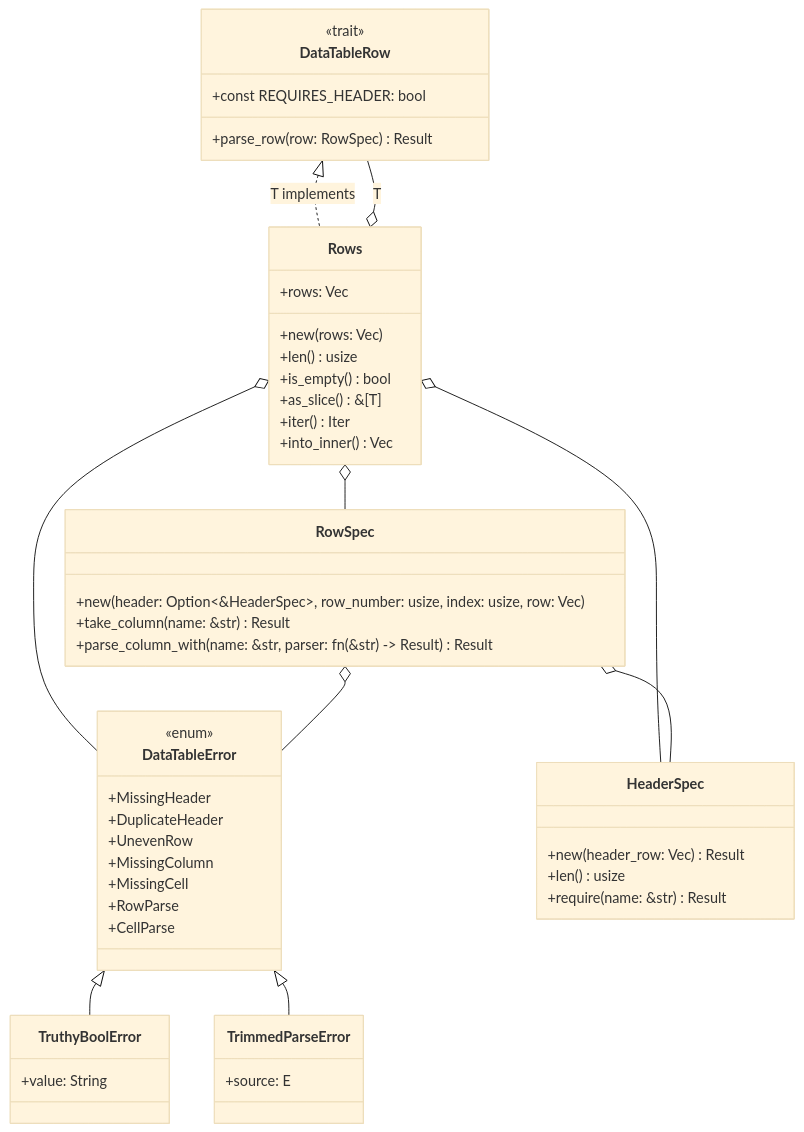
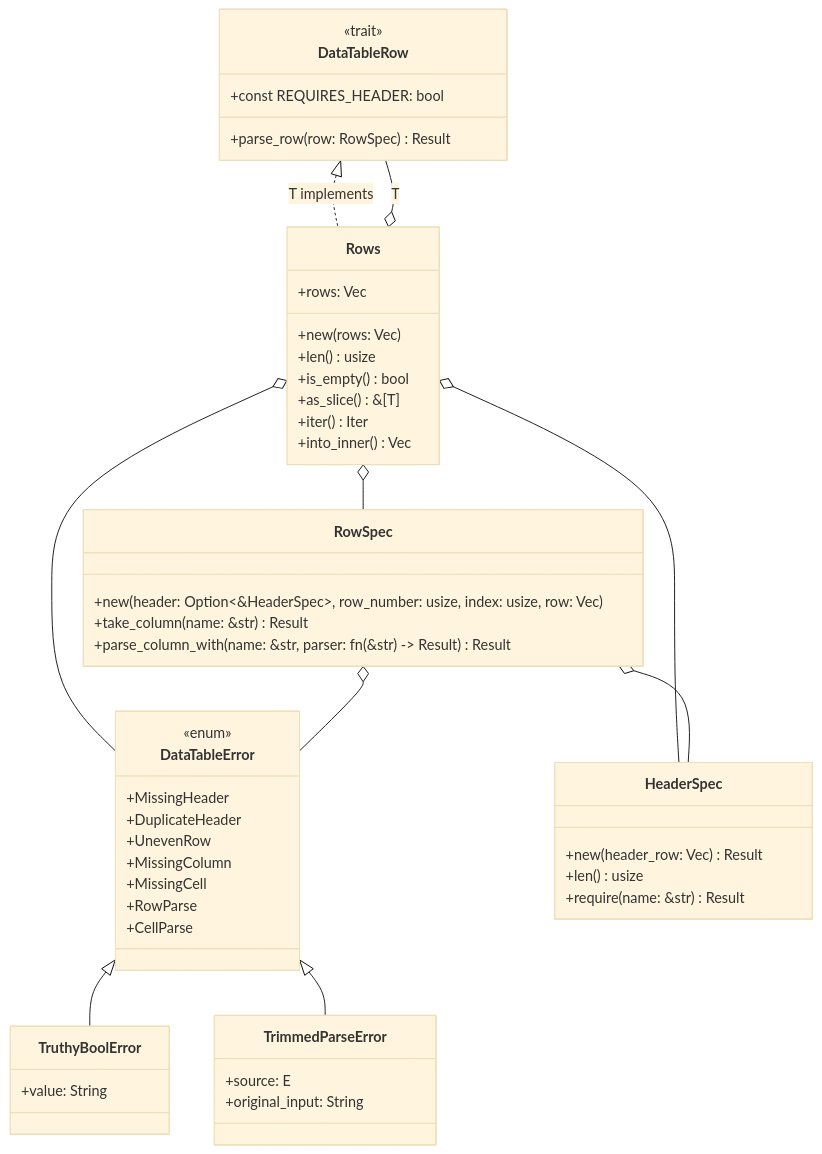
One commit to leynos/rstest-bdd changed the first of 17 diagrams in docs/rstest-bdd-design.md. Above: the diagram before and after it, drawn with Mermaid (base theme). The commit also changed 9 other files, not shown here.

````diff
--- a/docs/rstest-bdd-design.md
+++ b/docs/rstest-bdd-design.md
@@ -290,52 +290,53 @@
 ```mermaid
 classDiagram
     class DataTableRow {
         <<trait>>
         +const REQUIRES_HEADER: bool
         +parse_row(row: RowSpec) Result<Self, DataTableError>
     }
     class Rows {
         +rows: Vec<T>
         +new(rows: Vec<T>)
         +len() usize
         +is_empty() bool
         +as_slice() &[T]
         +iter() Iter<T>
         +into_inner() Vec<T>
     }
     class DataTableError {
         <<enum>>
         +MissingHeader
         +DuplicateHeader
         +UnevenRow
         +MissingColumn
         +MissingCell
         +RowParse
         +CellParse
     }
     class HeaderSpec {
         +new(header_row: Vec<String>) Result<Self, DataTableError>
         +len() usize
         +require(name: &str) Result<usize, DataTableError>
     }
     class RowSpec {
         +new(header: Option<&HeaderSpec>, row_number: usize, index: usize, row: Vec<String>)
         +take_column(name: &str) Result<String, DataTableError>
         +parse_column_with(name: &str, parser: fn(&str) -> Result<T, E>) Result<T, DataTableError>
     }
     class TruthyBoolError {
         +value: String
     }
     class TrimmedParseError {
         +source: E
+        +original_input: String
     }
     DataTableRow <|.. Rows : T implements
     Rows o-- DataTableRow : T
     Rows o-- DataTableError
     Rows o-- HeaderSpec
     Rows o-- RowSpec
     RowSpec o-- HeaderSpec
     RowSpec o-- DataTableError
     DataTableError <|-- TruthyBoolError
     DataTableError <|-- TrimmedParseError
 ```
````
